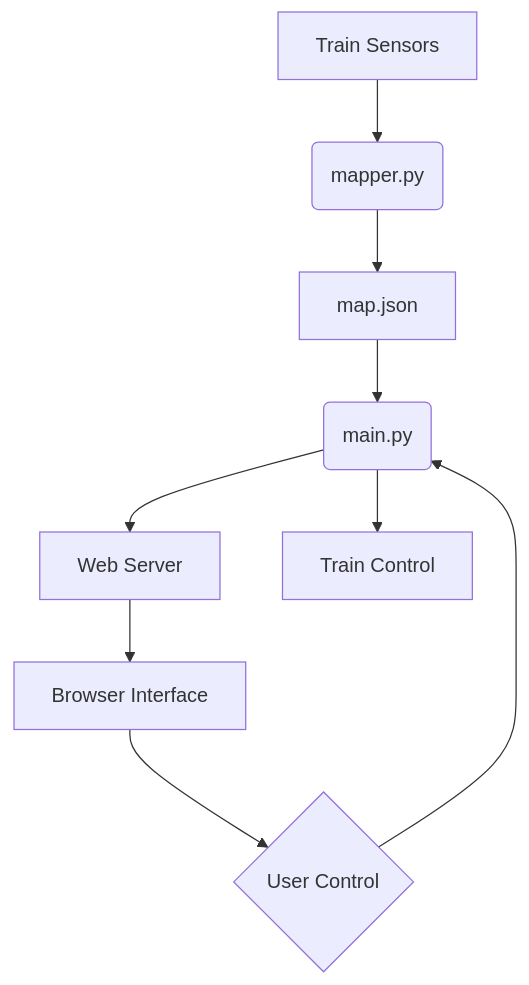
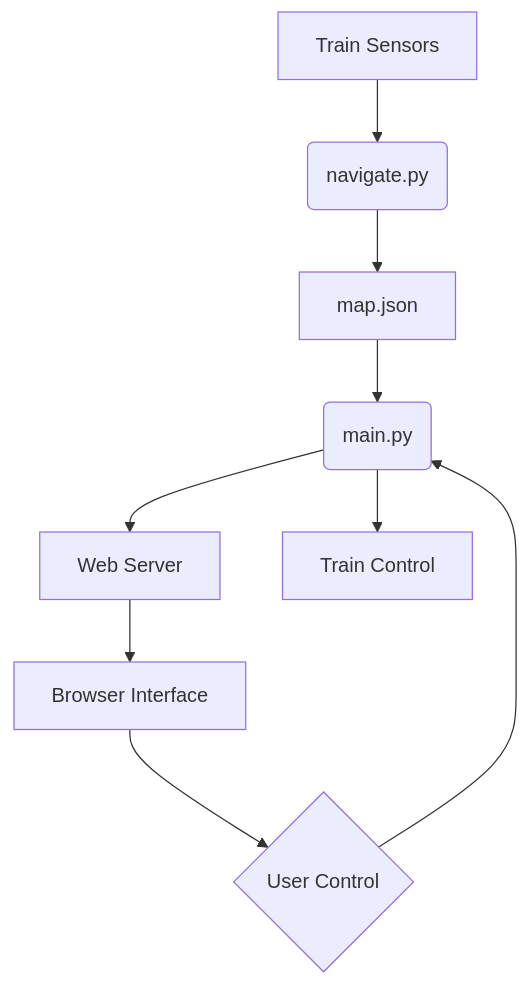
One commit to b31556/intelino changed the diagram in etc/README.md. Above: the diagram before and after it, drawn with Mermaid. The commit also changed other lines of this file, not shown here.

First line of the commit message:
Modify README with new architecture and cleanup

````diff
--- a/etc/README.md
+++ b/etc/README.md
@@ -25,11 +25,11 @@
 ```mermaid
 graph TD
-    A[Train Sensors] --> B(mapper.py)
+    A[Train Sensors] --> B(navigate.py)
     B --> C[map.json]
     C --> D(main.py)
     D --> E[Web Server]
     E --> F[Browser Interface]
     F --> G{User Control}
     G --> D
     D --> H[Train Control]
 ```
````
